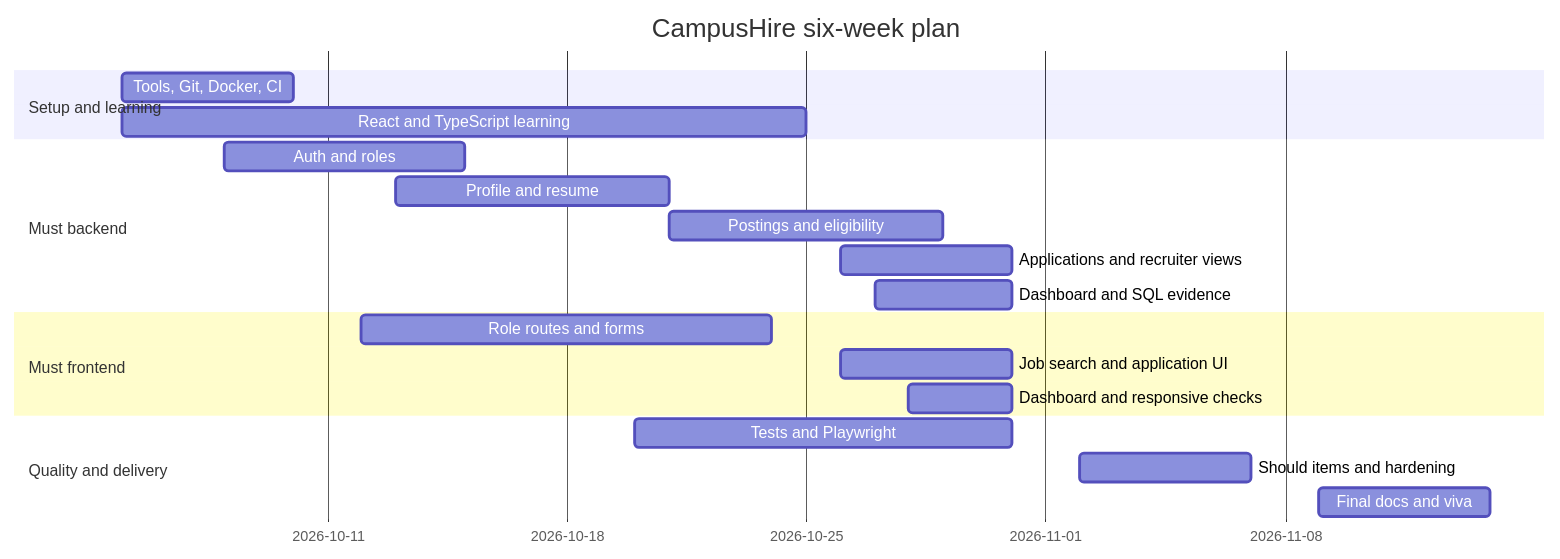
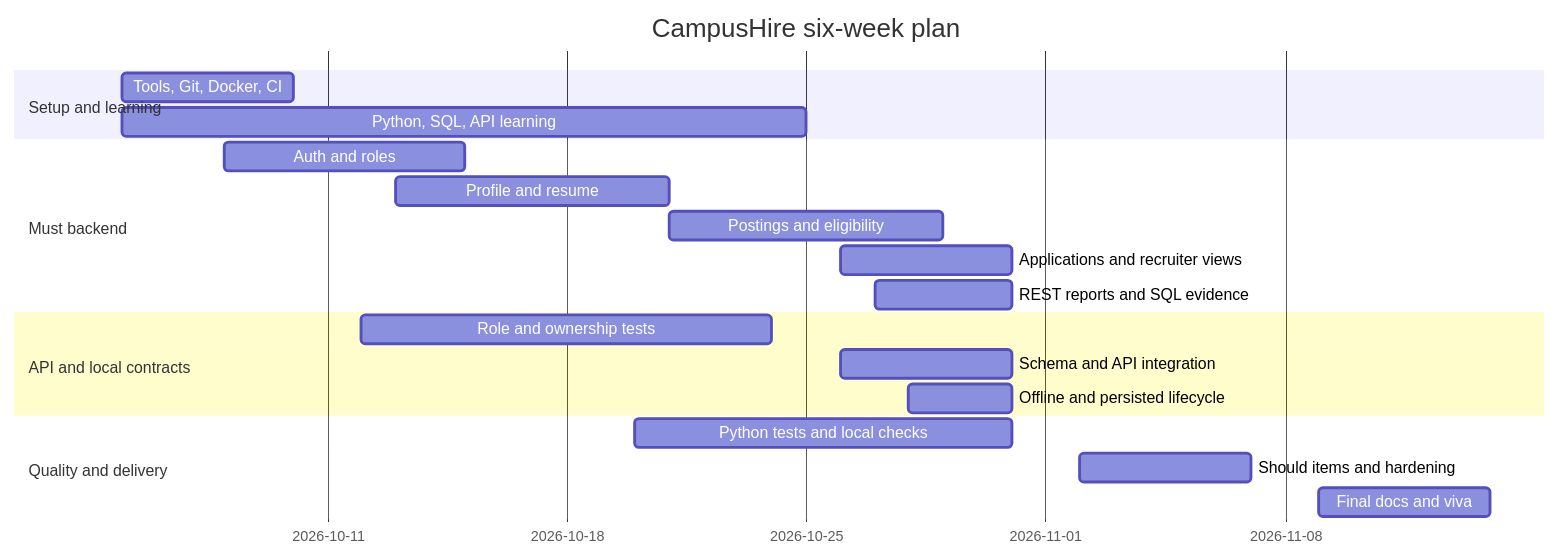
The diagram in docs/11-milestones-and-deliverables.md (sukurcf/spec-campushire-placement-portal), drawn with Mermaid before and after one commit. The commit also changed other lines of this file and 14 other files, not shown here.

````diff
--- a/docs/11-milestones-and-deliverables.md
+++ b/docs/11-milestones-and-deliverables.md
@@ -37,22 +37,22 @@
 ```mermaid
 gantt
     title CampusHire six-week plan
     dateFormat  YYYY-MM-DD
     section Setup and learning
     Tools, Git, Docker, CI           :a1, 2026-10-05, 5d
-    React and TypeScript learning    :a2, 2026-10-05, 20d
+    Python, SQL, API learning        :a2, 2026-10-05, 20d
     section Must backend
     Auth and roles                   :b1, 2026-10-08, 7d
     Profile and resume               :b2, 2026-10-13, 8d
     Postings and eligibility         :b3, 2026-10-21, 8d
     Applications and recruiter views :b4, 2026-10-26, 5d
-    Dashboard and SQL evidence       :b5, 2026-10-27, 4d
-    section Must frontend
-    Role routes and forms            :c1, 2026-10-12, 12d
-    Job search and application UI    :c2, 2026-10-26, 5d
-    Dashboard and responsive checks  :c3, 2026-10-28, 3d
+    REST reports and SQL evidence    :b5, 2026-10-27, 4d
+    section API and local contracts
+    Role and ownership tests         :c1, 2026-10-12, 12d
+    Schema and API integration       :c2, 2026-10-26, 5d
+    Offline and persisted lifecycle  :c3, 2026-10-28, 3d
     section Quality and delivery
-    Tests and Playwright             :d1, 2026-10-20, 11d
+    Python tests and local checks    :d1, 2026-10-20, 11d
     Should items and hardening       :d2, 2026-11-02, 5d
     Final docs and viva              :d3, 2026-11-09, 5d
 ```
````
